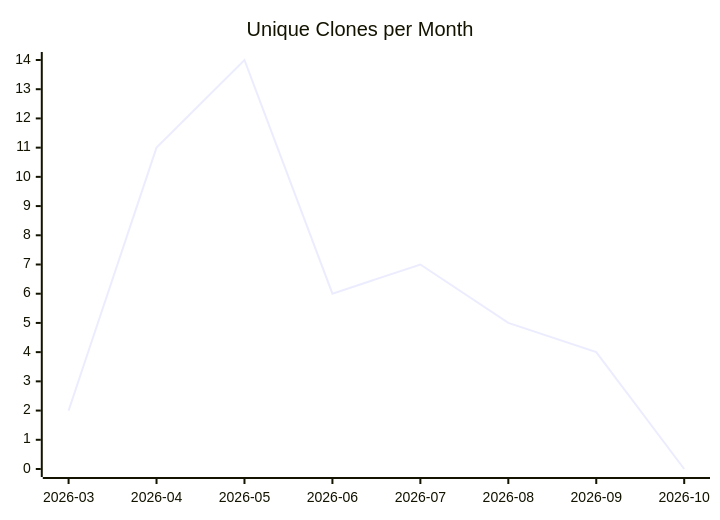
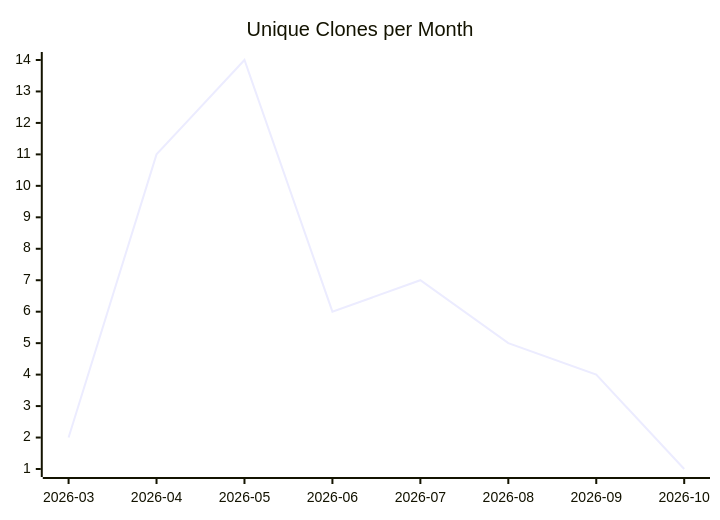
The third of 3 diagrams in karlmdavis/m2e-core/README.md (justdavis-family/github-analytics-data), drawn with Mermaid before and after one commit. The commit also changed other lines of this file and 203 other files, not shown here.

````diff
--- a/karlmdavis/m2e-core/README.md
+++ b/karlmdavis/m2e-core/README.md
@@ -19,6 +19,6 @@
 ```mermaid
 xychart-beta
   title "Unique Clones per Month"
   x-axis ["2026-03", "2026-04", "2026-05", "2026-06", "2026-07", "2026-08", "2026-09", "2026-10"]
-  line [2, 11, 14, 6, 7, 5, 4, 0]
+  line [2, 11, 14, 6, 7, 5, 4, 1]
 ```
````
